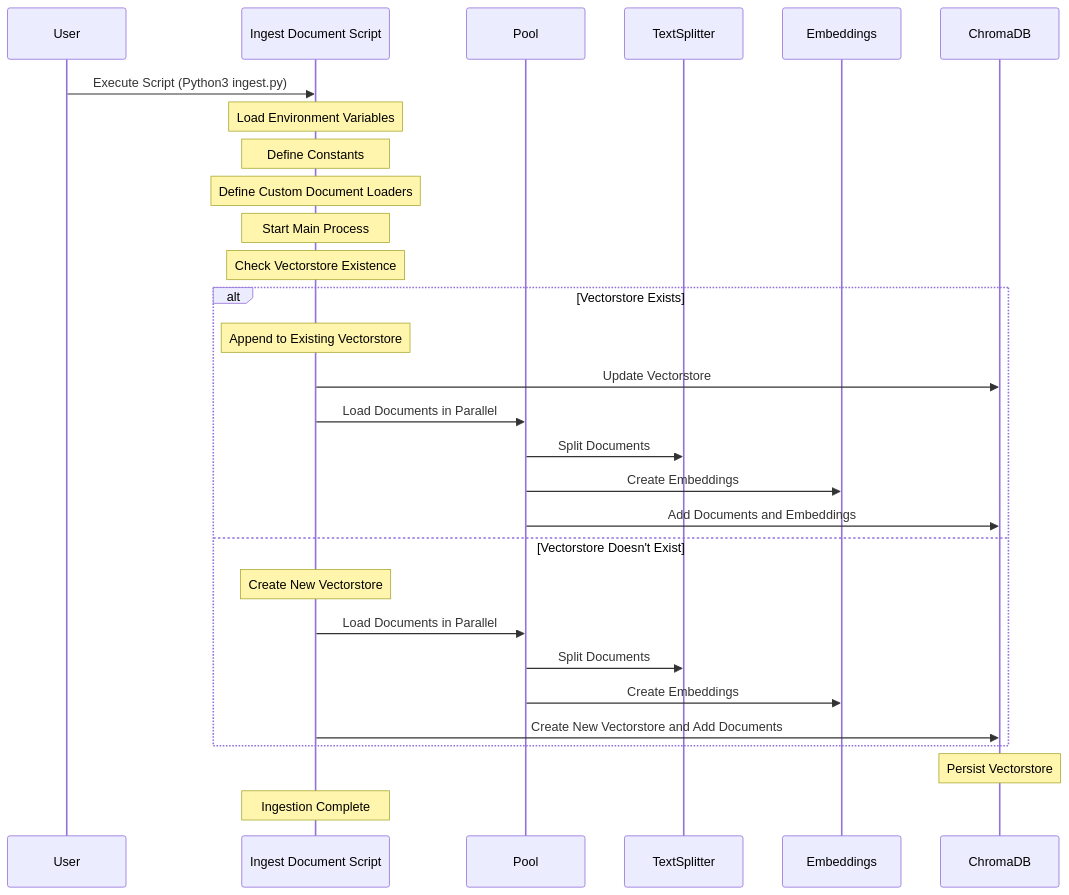
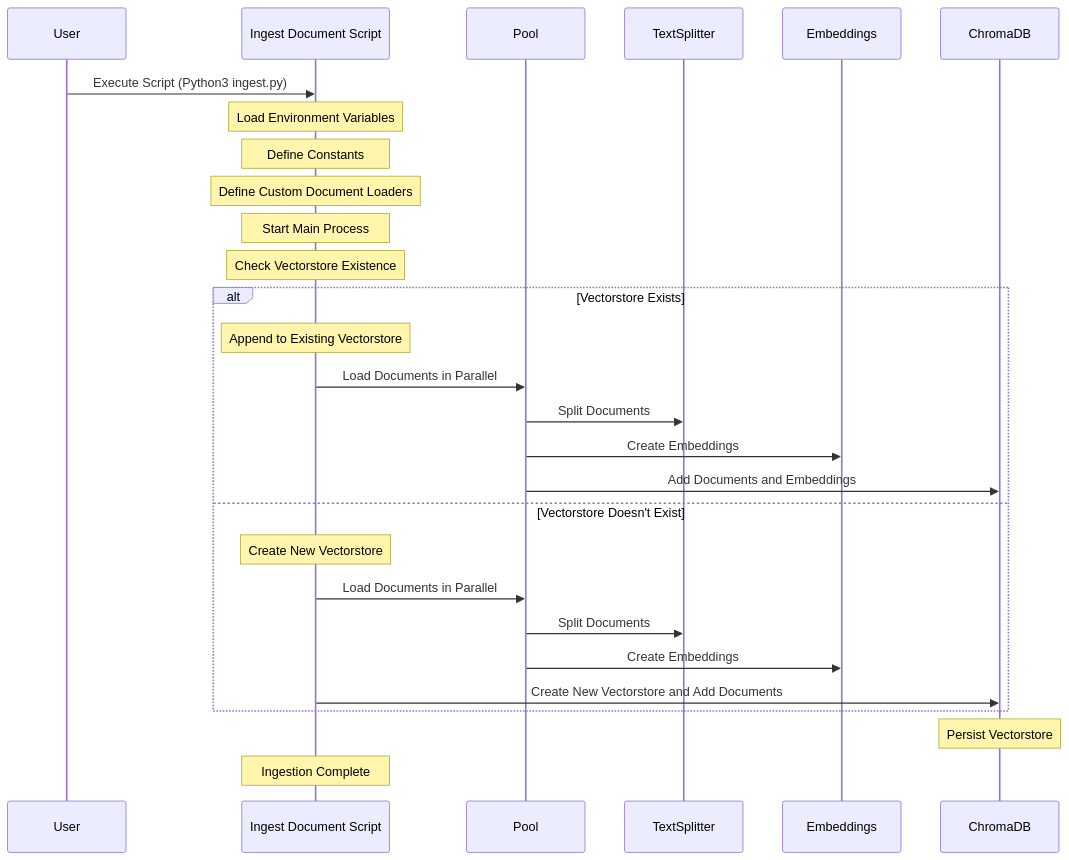
The diagram in docs/sequenceDiagram/ingest.mermaid (V-R-Dighe/api-doc-assistant), drawn with Mermaid before and after one commit.

Commit message:
Updated the ingest dcument sequence diagram

```diff
--- a/docs/sequenceDiagram/ingest.mermaid
+++ b/docs/sequenceDiagram/ingest.mermaid
@@ -1,33 +1,32 @@
 sequenceDiagram
     participant User
     participant Script as Ingest Document Script 
     participant Pool
     participant TextSplitter
     participant Embeddings
     participant ChromaDB
 
     User ->> Script: Execute Script (Python3 ingest.py)
     Note over Script: Load Environment Variables
     Note over Script: Define Constants
     Note over Script: Define Custom Document Loaders
     Note over Script: Start Main Process
 
     Note over Script: Check Vectorstore Existence
    
     alt Vectorstore Exists
         Note over Script: Append to Existing Vectorstore
-        Script ->> ChromaDB: Update Vectorstore
         Script ->> Pool: Load Documents in Parallel
         Pool ->> TextSplitter: Split Documents
         Pool ->> Embeddings: Create Embeddings
         Pool ->> ChromaDB: Add Documents and Embeddings
     else Vectorstore Doesn't Exist
         Note over Script: Create New Vectorstore
         Script ->> Pool: Load Documents in Parallel
         Pool ->> TextSplitter: Split Documents
         Pool ->> Embeddings: Create Embeddings
         Script ->> ChromaDB: Create New Vectorstore and Add Documents
     end
 
     Note over ChromaDB: Persist Vectorstore
     Note over Script: Ingestion Complete
```
